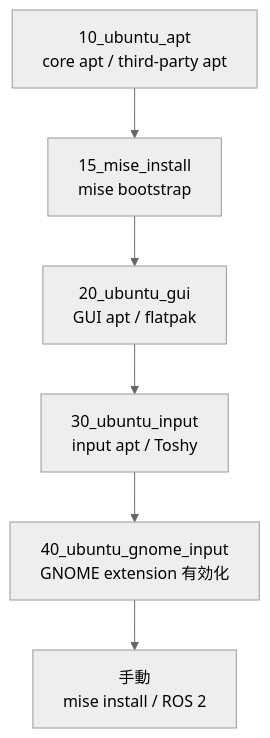
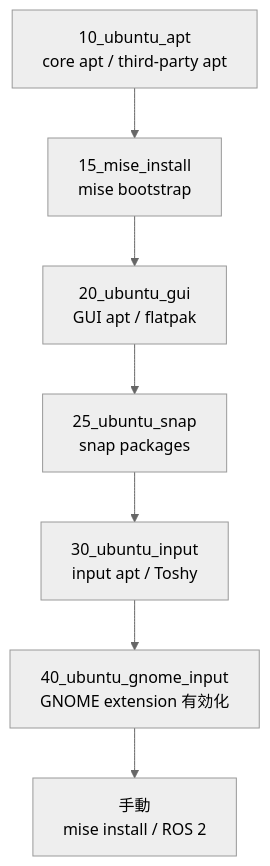
The first of 2 diagrams in docs/ubuntu.md (TomiXRM/dotfiles), drawn with Mermaid (neutral theme) before and after one commit. The commit also changed other lines of this file and 3 other files, not shown here.

````diff
--- a/docs/ubuntu.md
+++ b/docs/ubuntu.md
@@ -16,11 +16,12 @@
 ```mermaid
 flowchart TB
     A["10_ubuntu_apt<br/>core apt / third-party apt"]
     B["15_mise_install<br/>mise bootstrap"]
     C["20_ubuntu_gui<br/>GUI apt / flatpak"]
+    C2["25_ubuntu_snap<br/>snap packages"]
     D["30_ubuntu_input<br/>input apt / Toshy"]
     E["40_ubuntu_gnome_input<br/>GNOME extension 有効化"]
     F["手動<br/>mise install / ROS 2"]
 
-    A --> B --> C --> D --> E --> F
+    A --> B --> C --> C2 --> D --> E --> F
 ```
````
